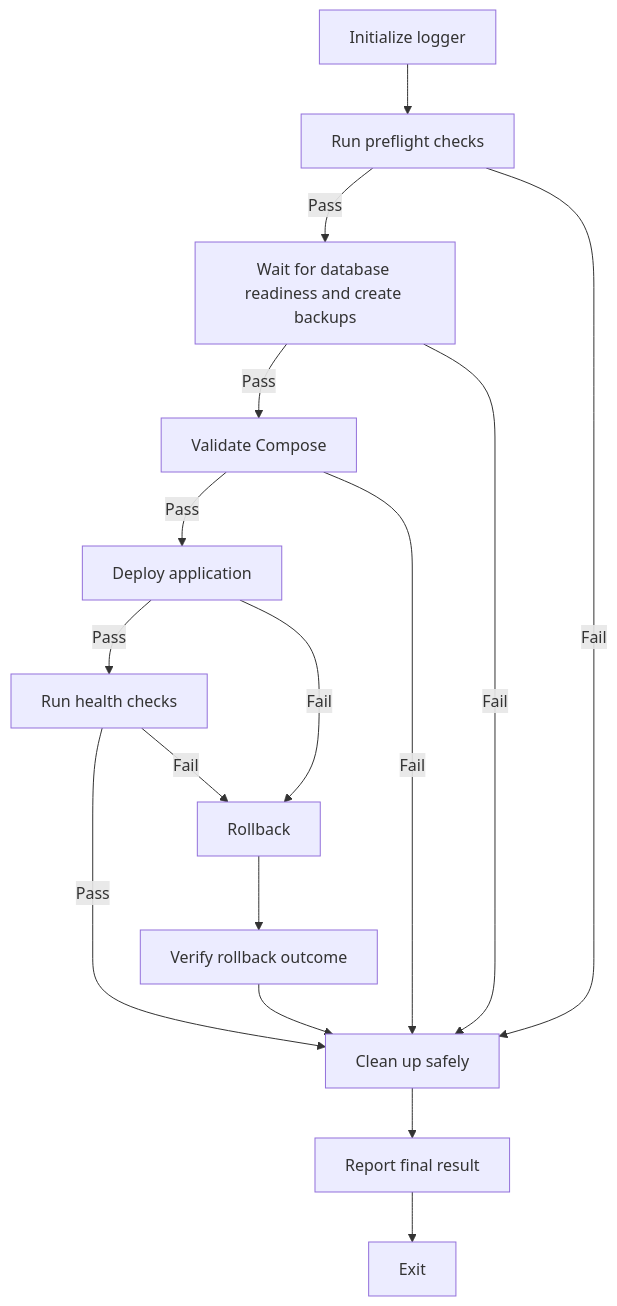
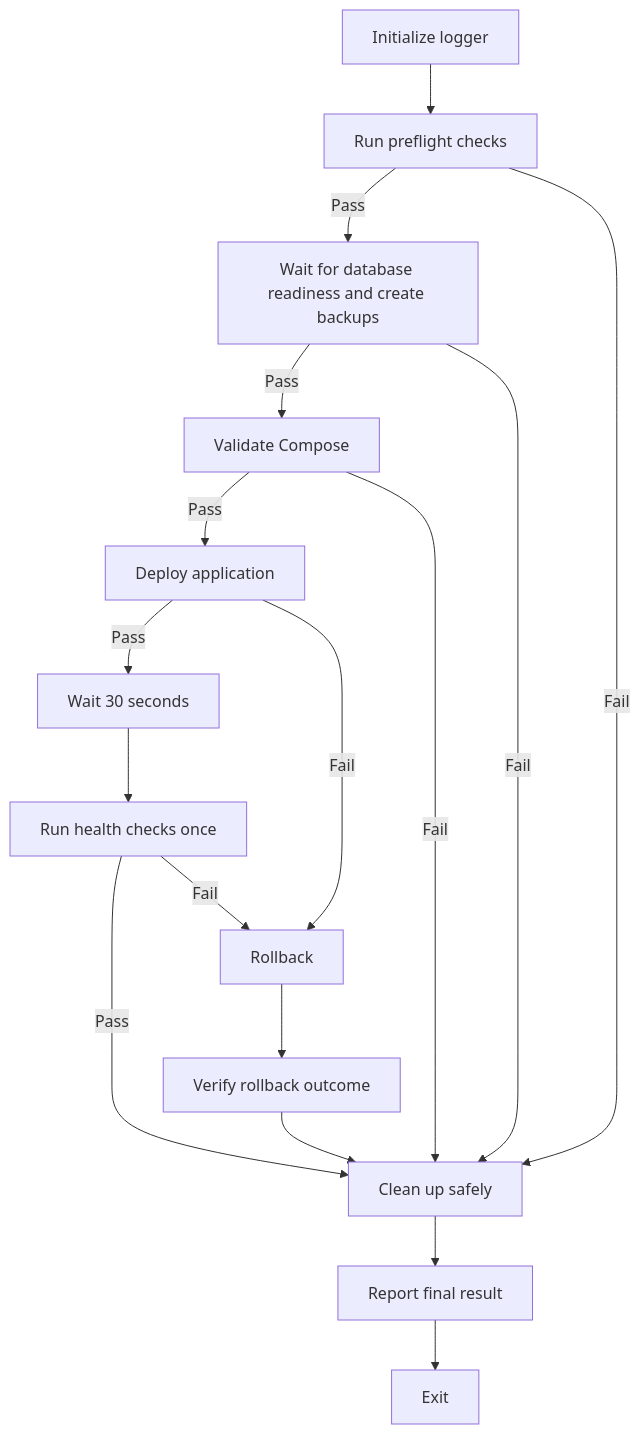
One commit to awenmirasol234/opencode changed the diagram in skills/docker-deployment-automation/SKILL.md. Above: the diagram before and after it, drawn with Mermaid. The commit also changed other lines of this file and 4 other files, not shown here.

Commit message:
fix: wait before one-time container health checks

````diff
--- a/skills/docker-deployment-automation/SKILL.md
+++ b/skills/docker-deployment-automation/SKILL.md
@@ -70,25 +70,26 @@
 ```mermaid
 flowchart TD
     A[Initialize logger] --> B[Run preflight checks]
 
     B -->|Pass| C[Wait for database readiness and create backups]
     B -->|Fail| K[Clean up safely]
 
     C -->|Pass| D[Validate Compose]
     C -->|Fail| K
 
     D -->|Pass| E[Deploy application]
     D -->|Fail| K
 
-    E -->|Pass| F[Run health checks]
+    E -->|Pass| F[Wait 30 seconds]
+    F --> G[Run health checks once]
     E -->|Fail| H[Rollback]
 
-    F -->|Pass| K
-    F -->|Fail| H
+    G -->|Pass| K
+    G -->|Fail| H
 
     H --> I[Verify rollback outcome]
     I --> K
 
     K --> L[Report final result]
     L --> M[Exit]
 ```
````
